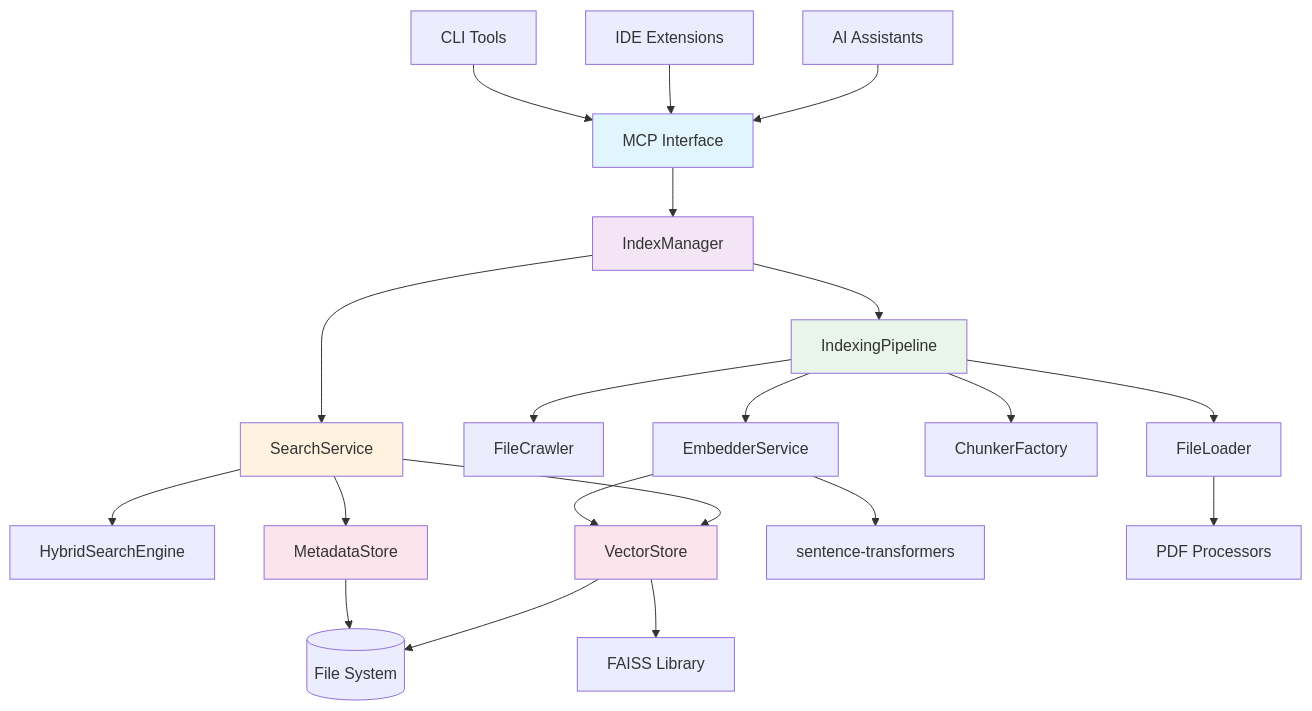
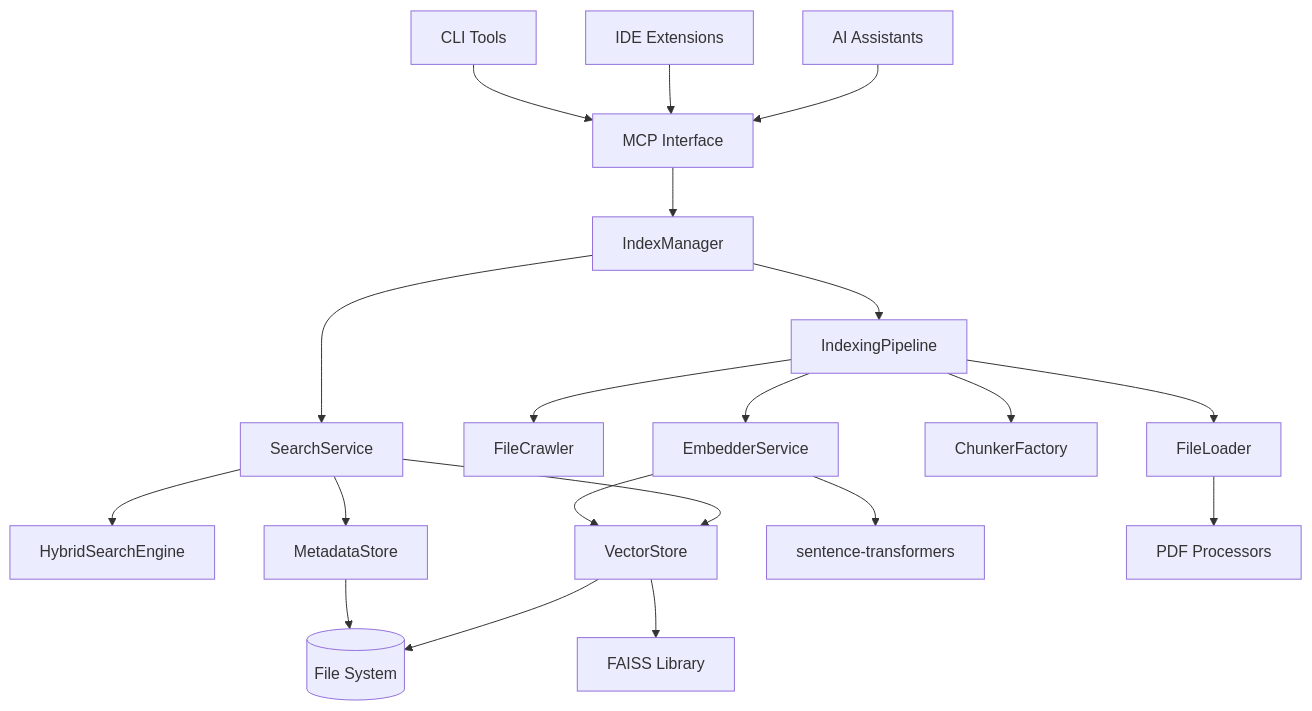
One commit to tbrandenburg/pycontextify changed the first of 3 diagrams in docs/ARCHITECTURE.md. Above: the diagram before and after it, drawn with Mermaid. The commit also changed other lines of this file, not shown here.

Commit message:
Coloured arch diagrams

````diff
--- a/docs/ARCHITECTURE.md
+++ b/docs/ARCHITECTURE.md
@@ -42,35 +42,28 @@
 ```mermaid
 graph TD
     A[AI Assistants] --> M[MCP Interface]
     B[IDE Extensions] --> M
     C[CLI Tools] --> M
     
     M --> I[IndexManager]
     
     I --> IP[IndexingPipeline]
     I --> SS[SearchService]
     
     IP --> FC[FileCrawler]
     IP --> FL[FileLoader]
     IP --> CH[ChunkerFactory]
     IP --> ES[EmbedderService]
     
     SS --> HS[HybridSearchEngine]
     SS --> VS[VectorStore]
     SS --> MS[MetadataStore]
     
     ES --> VS
     VS --> FS[(File System)]
     MS --> FS
     
     ES --> ST[sentence-transformers]
     VS --> FI[FAISS Library]
     FL --> PD[PDF Processors]
-    
-    style M fill:#e1f5fe
-    style I fill:#f3e5f5
-    style IP fill:#e8f5e8
-    style SS fill:#fff3e0
-    style VS fill:#fce4ec
-    style MS fill:#fce4ec
 ```
````
